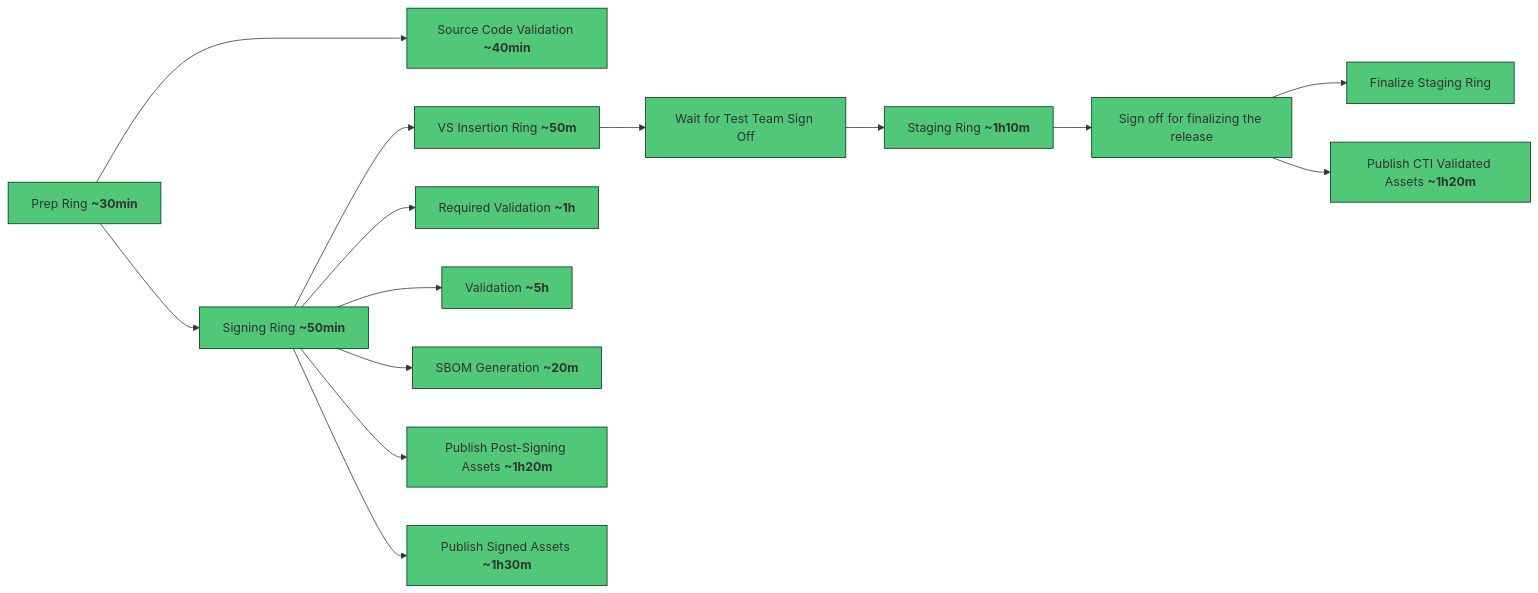
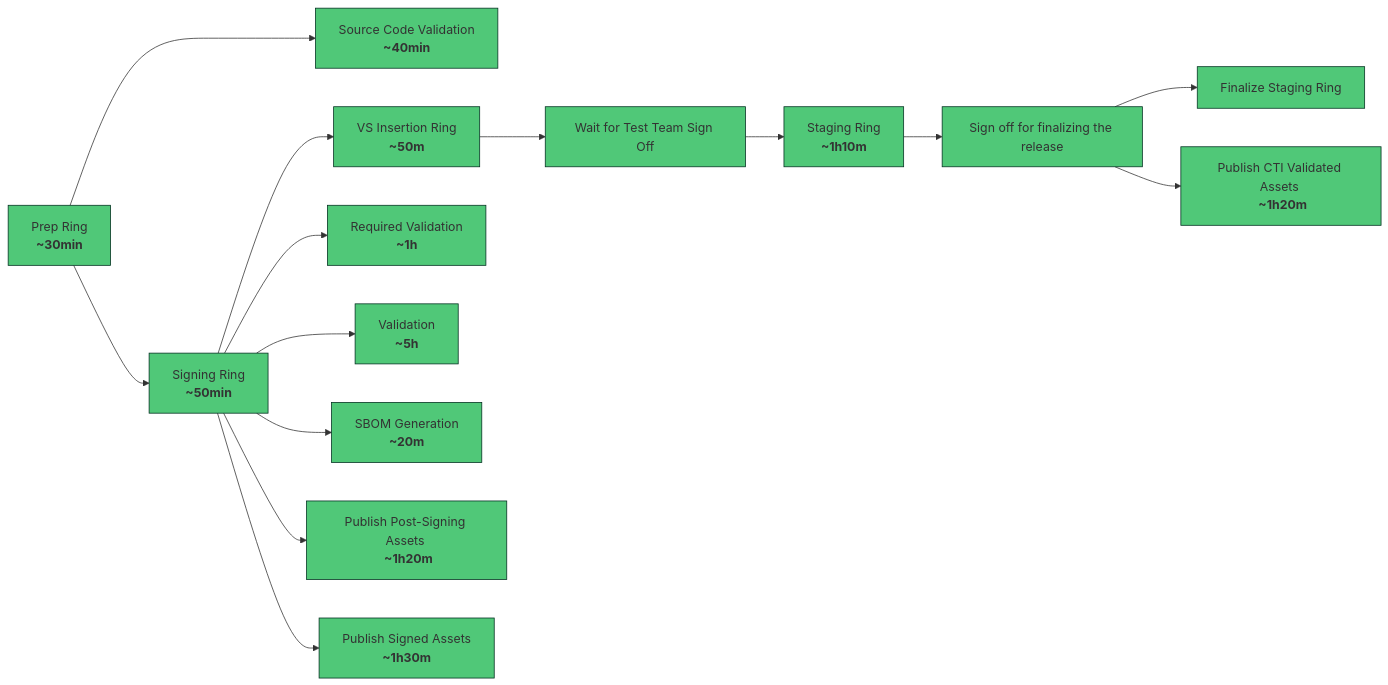
One commit to dotnet/arcade changed the second of 2 diagrams in Documentation/TeamProcess/One-Pagers/bcm-emergency-staging-pipeline-optimizations-12261.md. Above: the diagram before and after it, drawn with Mermaid. The commit also changed other lines of this file, not shown here.

````diff
--- a/Documentation/TeamProcess/One-Pagers/bcm-emergency-staging-pipeline-optimizations-12261.md
+++ b/Documentation/TeamProcess/One-Pagers/bcm-emergency-staging-pipeline-optimizations-12261.md
@@ -45,17 +45,17 @@
 ```mermaid
 flowchart LR
-  prep["Prep Ring <b>~30min</b>"] --> signing["Signing Ring <b>~50min</b>"]
-  prep ---> source_code_validation["Source Code Validation <b>~40min</b>"]
-  signing --> vs_insertion["VS Insertion Ring <b>~50m</b>"]
-  signing --> required_validation["Required Validation <b>~1h</b>"]
-  signing --> validation["Validation <b>~5h</b>"]
-  signing --> sbom_generation["SBOM Generation <b>~20m</b>"]
-  signing --> publishing_v3_signed["Publish Post-Signing Assets <b>~1h20m</b>"]
-  signing --> post_signing_publishing["Publish Signed Assets <b>~1h30m</b>"]
+  prep["Prep Ring \n <b>~30min</b>"] --> signing["Signing Ring \n <b>~50min</b>"]
+  prep ---> source_code_validation["Source Code Validation \n <b>~40min</b>"]
+  signing --> vs_insertion["VS Insertion Ring \n <b>~50m</b>"]
+  signing --> required_validation["Required Validation \n <b>~1h</b>"]
+  signing --> validation["Validation \n <b>~5h</b>"]
+  signing --> sbom_generation["SBOM Generation \n <b>~20m</b>"]
+  signing --> publishing_v3_signed["Publish Post-Signing Assets \n <b>~1h20m</b>"]
+  signing --> post_signing_publishing["Publish Signed Assets \n <b>~1h30m</b>"]
   vs_insertion --> cti_sign_off[Wait for Test Team Sign Off]
-  cti_sign_off --> staging["Staging Ring <b>~1h10m</b>"]
+  cti_sign_off --> staging["Staging Ring \n <b>~1h10m</b>"]
   staging --> finalize_sign_off[Sign off for finalizing the release]
   finalize_sign_off --> finalize_staging[Finalize Staging Ring]
-  finalize_sign_off --> publishing_v3_validated["Publish CTI Validated Assets <b>~1h20m</b>"]
+  finalize_sign_off --> publishing_v3_validated["Publish CTI Validated Assets \n <b>~1h20m</b>"]
   classDef default fill:#50C878, stroke:#023020;
 ```
````
